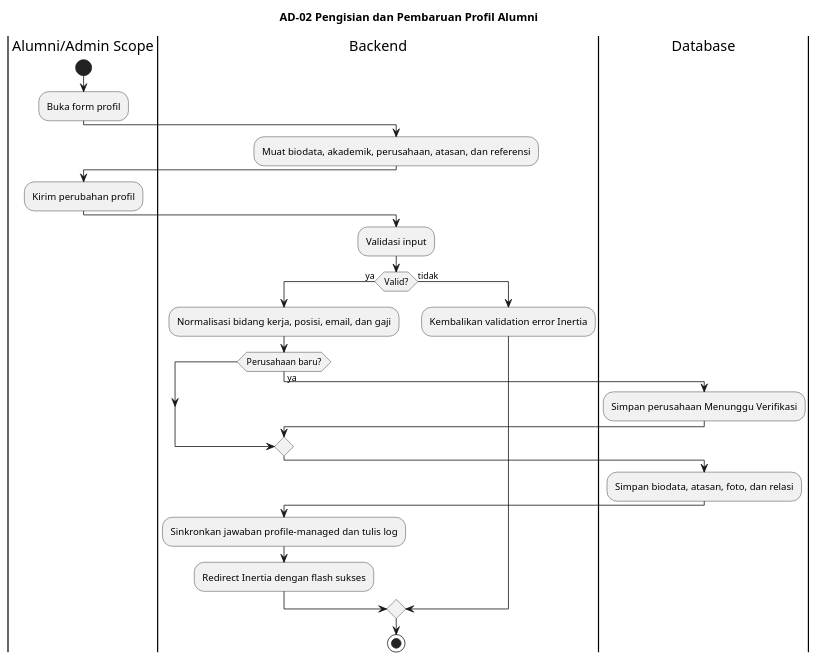
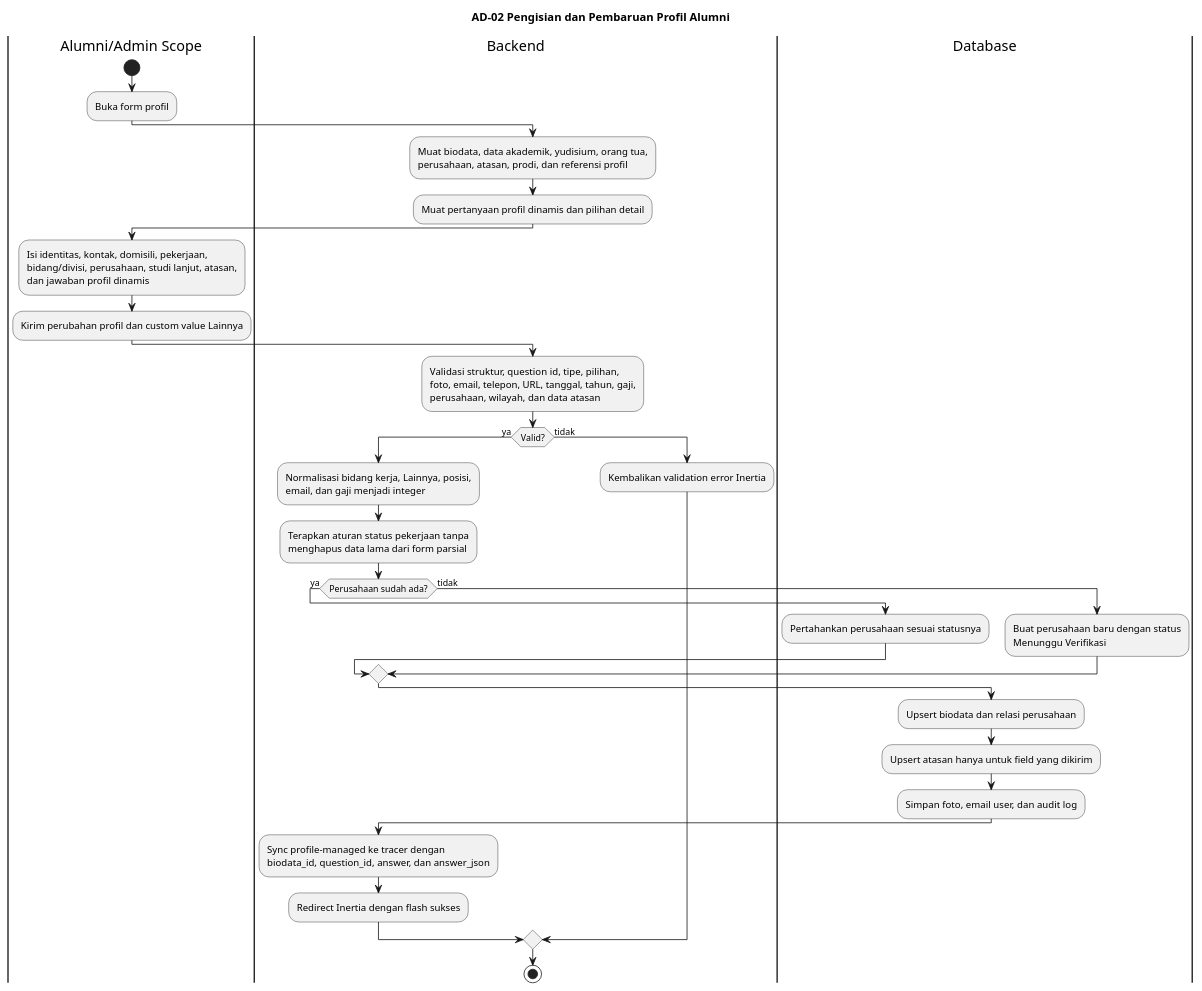
The diagram in docs/uml/activity-diagrams/AD-02-profil-alumni.puml (claraanjelitakd/tugas-akhir), drawn with PlantUML before and after one commit. The commit also changed 83 other files, not shown here.

Commit message:
Audit and simplify alumni profile data

```diff
--- a/docs/uml/activity-diagrams/AD-02-profil-alumni.puml
+++ b/docs/uml/activity-diagrams/AD-02-profil-alumni.puml
@@ -1,27 +1,47 @@
 @startuml
 title AD-02 Pengisian dan Pembaruan Profil Alumni
+
 |Alumni/Admin Scope|
 start
 :Buka form profil;
+
 |Backend|
-:Muat biodata, akademik, perusahaan, atasan, dan referensi;
+:Muat biodata, data akademik, yudisium, orang tua,
+perusahaan, atasan, prodi, dan referensi profil;
+:Muat pertanyaan profil dinamis dan pilihan detail;
+
 |Alumni/Admin Scope|
-:Kirim perubahan profil;
+:Isi identitas, kontak, domisili, pekerjaan,
+bidang/divisi, perusahaan, studi lanjut, atasan,
+dan jawaban profil dinamis;
+:Kirim perubahan profil dan custom value Lainnya;
+
 |Backend|
-:Validasi input;
+:Validasi struktur, question id, tipe, pilihan,
+foto, email, telepon, URL, tanggal, tahun, gaji,
+perusahaan, wilayah, dan data atasan;
 if (Valid?) then (ya)
-  :Normalisasi bidang kerja, posisi, email, dan gaji;
-  if (Perusahaan baru?) then (ya)
+  :Normalisasi bidang kerja, Lainnya, posisi,
+  email, dan gaji menjadi integer;
+  :Terapkan aturan status pekerjaan tanpa
+  menghapus data lama dari form parsial;
+  if (Perusahaan sudah ada?) then (ya)
     |Database|
-    :Simpan perusahaan Menunggu Verifikasi;
+    :Pertahankan perusahaan sesuai statusnya;
+  else (tidak)
+    :Buat perusahaan baru dengan status
+    Menunggu Verifikasi;
   endif
   |Database|
-  :Simpan biodata, atasan, foto, dan relasi;
+  :Upsert biodata dan relasi perusahaan;
+  :Upsert atasan hanya untuk field yang dikirim;
+  :Simpan foto, email user, dan audit log;
   |Backend|
-  :Sinkronkan jawaban profile-managed dan tulis log;
+  :Sync profile-managed ke tracer dengan
+  biodata_id, question_id, answer, dan answer_json;
   :Redirect Inertia dengan flash sukses;
 else (tidak)
   :Kembalikan validation error Inertia;
 endif
 stop
 @enduml
```
